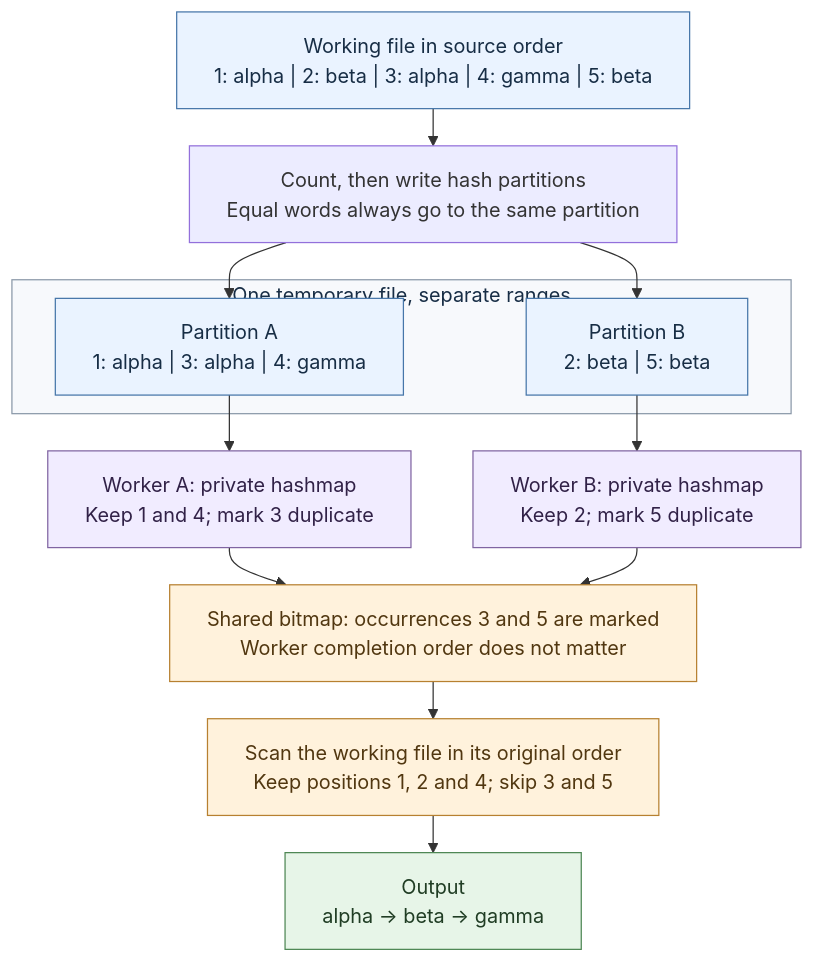
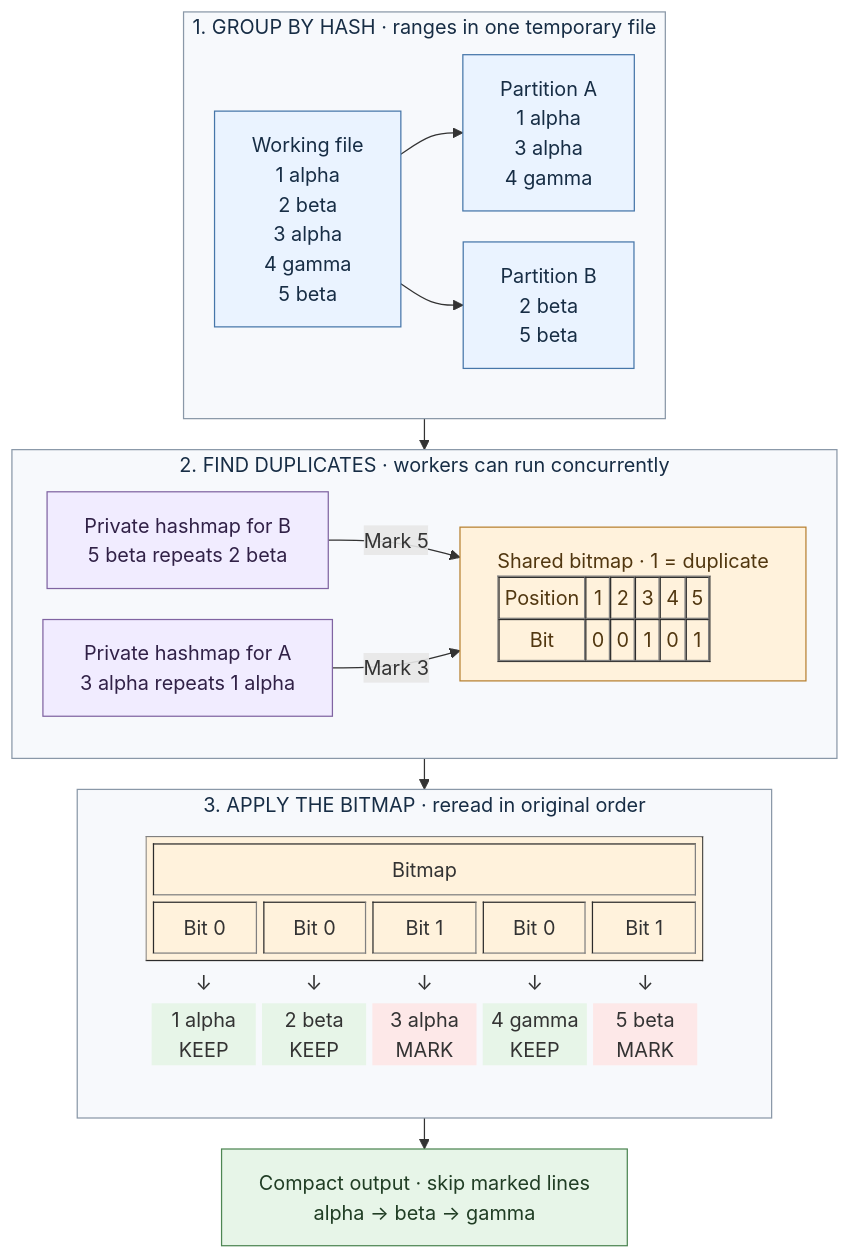
Before and after one commit to nil0x42/duplicut: the diagram in doc/engines/disk-partitions.md, drawn with Mermaid. The commit also changed other lines of this file and 1 other file, not shown here.

Commit message:
doc: clarify deduplication engines

````diff
--- a/doc/engines/disk-partitions.md
+++ b/doc/engines/disk-partitions.md
@@ -76,27 +16,38 @@
 ```mermaid
-%%{init: {"flowchart": {"wrappingWidth": 420, "rankSpacing": 30}}}%%
-flowchart TD
-    I["Working file in source order<br/>1: alpha | 2: beta | 3: alpha | 4: gamma | 5: beta"]
-    I --> S["Count, then write hash partitions<br/>Equal words always go to the same partition"]
-    subgraph F["One temporary file, separate ranges"]
-        A["Partition A<br/>1: alpha | 3: alpha | 4: gamma"]
-        B["Partition B<br/>2: beta | 5: beta"]
+%%{init: {"flowchart": {"wrappingWidth": 360, "rankSpacing": 25, "nodeSpacing": 25}}}%%
+flowchart TB
+    subgraph G["1. GROUP BY HASH · ranges in one temporary file"]
+        direction LR
+        I["Working file<br/>1 alpha<br/>2 beta<br/>3 alpha<br/>4 gamma<br/>5 beta"]
+        A["Partition A<br/>1 alpha<br/>3 alpha<br/>4 gamma"]
+        B["Partition B<br/>2 beta<br/>5 beta"]
+        I --> A
+        I --> B
     end
-    S --> A
-    S --> B
-    A --> WA["Worker A: private hashmap<br/>Keep 1 and 4; mark 3 duplicate"]
-    B --> WB["Worker B: private hashmap<br/>Keep 2; mark 5 duplicate"]
-    WA --> D["Shared bitmap: occurrences 3 and 5 are marked<br/>Worker completion order does not matter"]
-    WB --> D
-    D --> R["Scan the working file in its original order<br/>Keep positions 1, 2 and 4; skip 3 and 5"]
-    R --> O["Output<br/>alpha → beta → gamma"]
-    classDef data fill:#eaf3ff,stroke:#4676a9,color:#172d45
+    subgraph D["2. FIND DUPLICATES · workers can run concurrently"]
+        direction LR
+        WB["Private hashmap for B<br/>5 beta repeats 2 beta"]
+        WA["Private hashmap for A<br/>3 alpha repeats 1 alpha"]
+        M["Shared bitmap · 1 = duplicate<br/><table border='1' cellspacing='0' cellpadding='4'><tr><td>Position</td><td>1</td><td>2</td><td>3</td><td>4</td><td>5</td></tr><tr><td>Bit</td><td>0</td><td>0</td><td>1</td><td>0</td><td>1</td></tr></table>"]
+        WB -->|Mark 5| M
+        WA -->|Mark 3| M
+    end
+    subgraph R["3. APPLY THE BITMAP · reread in original order"]
+        F["<table border='0' cellspacing='0' cellpadding='0'><tr><td><table width='450' bgcolor='#fff2dc' border='1' cellspacing='5' cellpadding='8'><tr><td colspan='5'>Bitmap</td></tr><tr><td width='20%' bgcolor='#fff2dc'>Bit 0</td><td width='20%' bgcolor='#fff2dc'>Bit 0</td><td width='20%' bgcolor='#fff2dc'>Bit 1</td><td width='20%' bgcolor='#fff2dc'>Bit 0</td><td width='20%' bgcolor='#fff2dc'>Bit 1</td></tr></table></td></tr><tr><td><table width='450' border='0' cellspacing='5' cellpadding='0'><tr><td width='20%'>↓</td><td width='20%'>↓</td><td width='20%'>↓</td><td width='20%'>↓</td><td width='20%'>↓</td></tr><tr><td width='20%' height='50' bgcolor='#e7f5e8'>1 alpha<br/>KEEP</td><td width='20%' height='50' bgcolor='#e7f5e8'>2 beta<br/>KEEP</td><td width='20%' height='50' bgcolor='#fde8e8'>3 alpha<br/>MARK</td><td width='20%' height='50' bgcolor='#e7f5e8'>4 gamma<br/>KEEP</td><td width='20%' height='50' bgcolor='#fde8e8'>5 beta<br/>MARK</td></tr></table></td></tr></table>"]
+    end
+    O["Compact output · skip marked lines<br/>alpha → beta → gamma"]
+    G --> D --> R --> O
+    style G fill:#f7f9fc,stroke:#8a98a8,color:#172d45
+    style D fill:#f7f9fc,stroke:#8a98a8,color:#172d45
+    style R fill:#f7f9fc,stroke:#8a98a8,color:#172d45
+    classDef file fill:#eaf3ff,stroke:#4676a9,color:#172d45
     classDef table fill:#f1ecff,stroke:#8064a2,color:#312147
     classDef marks fill:#fff2dc,stroke:#b78030,color:#513710
     classDef output fill:#e7f5e8,stroke:#4d8653,color:#203d24
-    style F fill:#f7f9fc,stroke:#8a98a8,color:#172d45
-    class I,A,B data
+    class I,A,B file
     class WA,WB table
-    class D,R marks
+    class M marks
     class O output
+
+    style F fill:none,stroke:none
 ```
````
